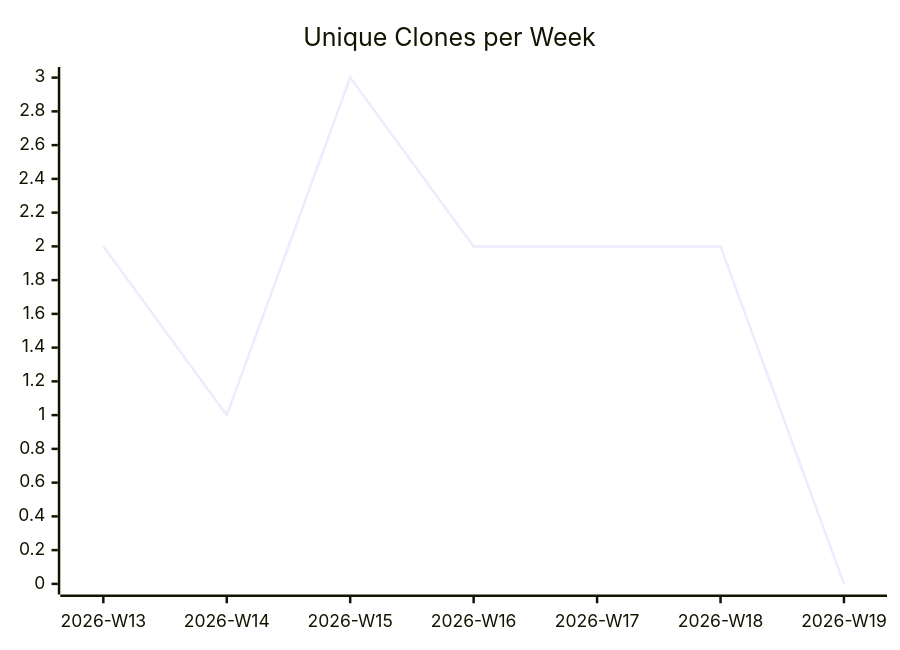
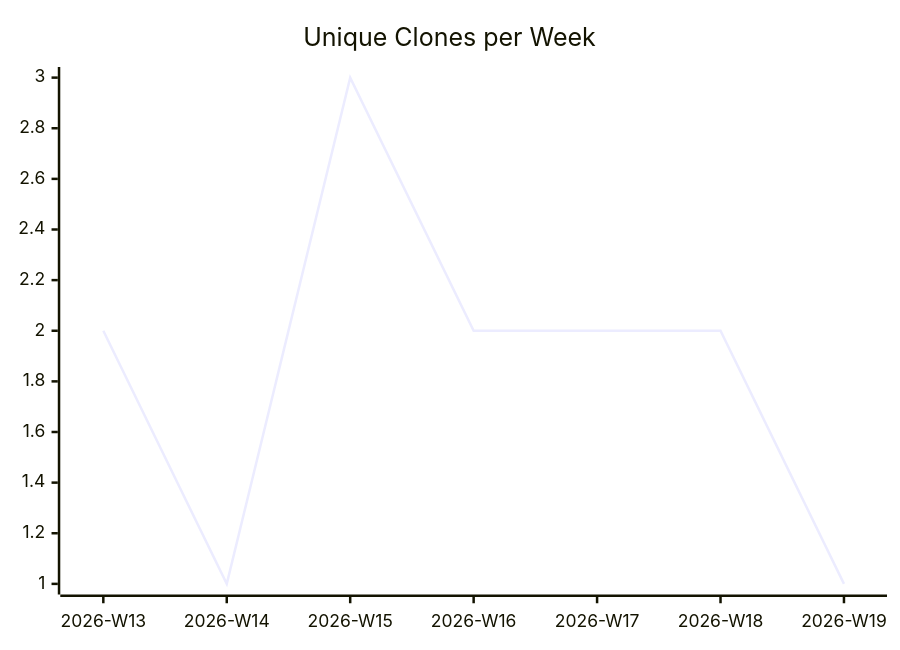
Before and after one commit to justdavis-family/github-analytics-data: the third of 3 diagrams in karlmdavis/kobjects/README.md, drawn with Mermaid. The commit also changed other lines of this file and 187 other files, not shown here.

````diff
--- a/karlmdavis/kobjects/README.md
+++ b/karlmdavis/kobjects/README.md
@@ -19,6 +19,6 @@
 ```mermaid
 xychart-beta
   title "Unique Clones per Week"
   x-axis ["2026-W13", "2026-W14", "2026-W15", "2026-W16", "2026-W17", "2026-W18", "2026-W19"]
-  line [2, 1, 3, 2, 2, 2, 0]
+  line [2, 1, 3, 2, 2, 2, 1]
 ```
````
